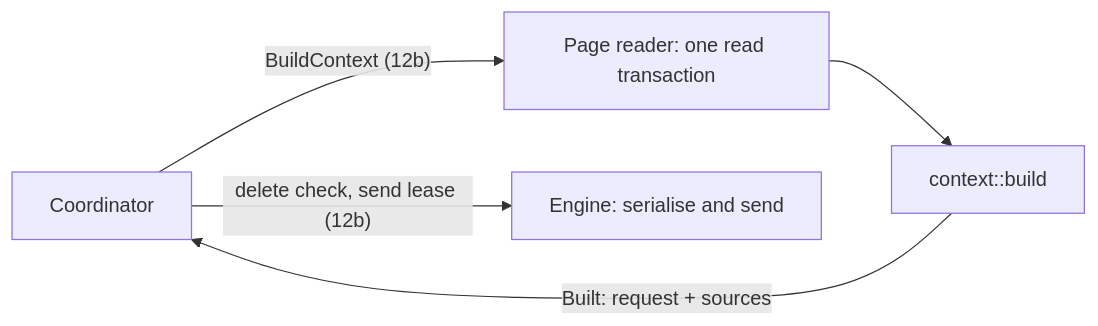
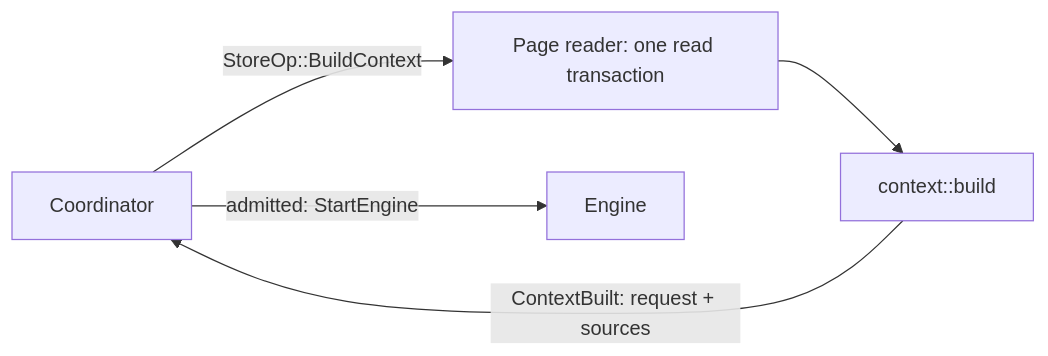
The diagram in docs/development/engines.md (labcoder/capsula), drawn with Mermaid before and after one commit. The commit also changed other lines of this file and 29 other files, not shown here.

Commit message:
feat(brain): admit each round through a context build

````diff
--- a/docs/development/engines.md
+++ b/docs/development/engines.md
@@ -8,7 +8,7 @@
 ```mermaid
 flowchart LR
-    C[Coordinator] -- "BuildContext (12b)" --> R[Page reader: one read transaction]
+    C[Coordinator] -- "StoreOp::BuildContext" --> R[Page reader: one read transaction]
     R --> B["context::build"]
-    B -- "Built: request + sources" --> C
-    C -- "delete check, send lease (12b)" --> E[Engine: serialise and send]
+    B -- "ContextBuilt: request + sources" --> C
+    C -- "admitted: StartEngine" --> E[Engine]
 ```
````
